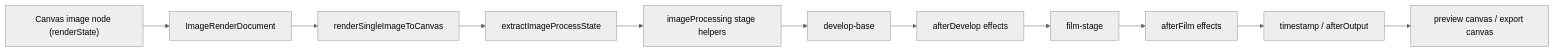
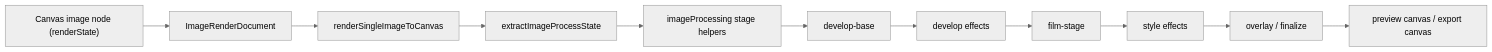
The first of 2 diagrams in docs/tasks/single-image-render-kernel.md (YakiHugo/FilmLab), drawn with Mermaid (neutral theme) before and after one commit. The commit also changed other lines of this file and 19 other files, not shown here.

````diff
--- a/docs/tasks/single-image-render-kernel.md
+++ b/docs/tasks/single-image-render-kernel.md
@@ -32,13 +32,13 @@
 ```mermaid
 flowchart LR
   A["Canvas image node (renderState)"] --> B["ImageRenderDocument"]
   B --> C["renderSingleImageToCanvas"]
   C --> D["extractImageProcessState"]
   D --> E["imageProcessing stage helpers"]
   E --> F["develop-base"]
-  F --> G["afterDevelop effects"]
+  F --> G["develop effects"]
   G --> H["film-stage"]
-  H --> I["afterFilm effects"]
-  I --> J["timestamp / afterOutput"]
+  H --> I["style effects"]
+  I --> J["overlay / finalize"]
   J --> K["preview canvas / export canvas"]
 ```
````
